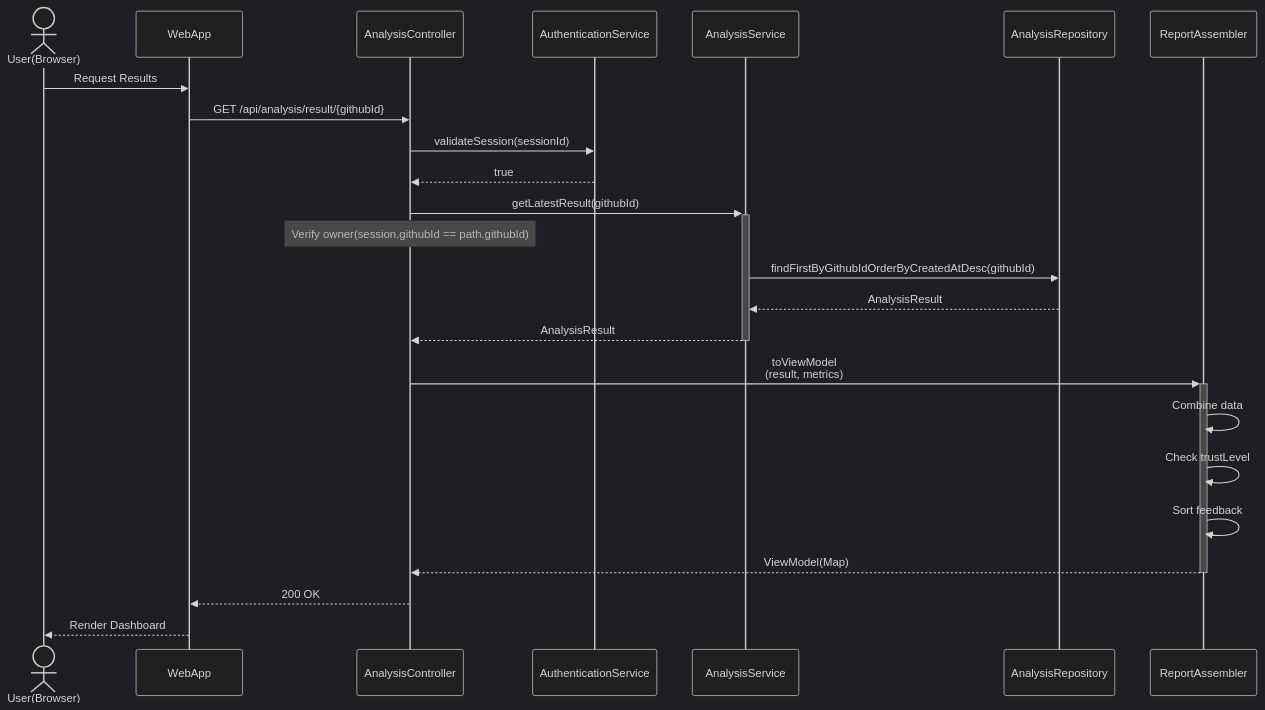
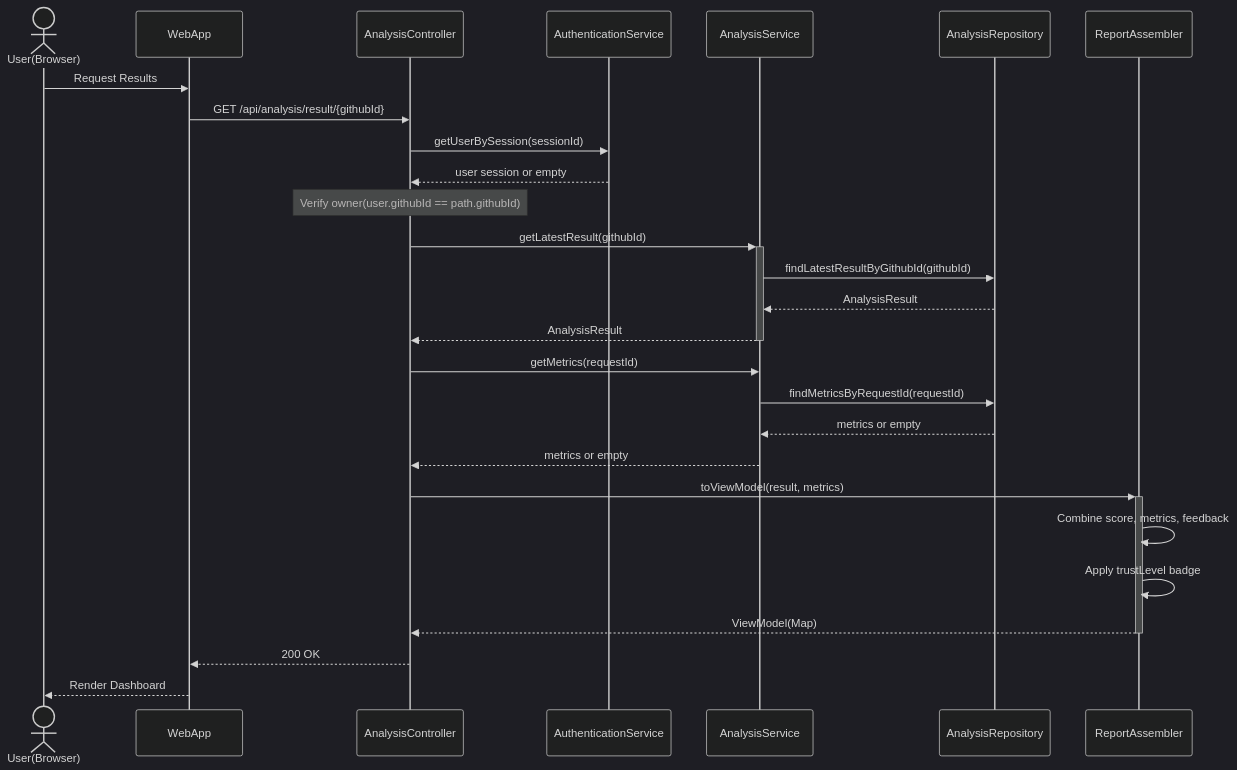
One commit to NotHyoone/OSS_Design changed diagram 17 of 20 in docs/project/[Design]22212046_안효원.md. Above: the diagram before and after it, drawn with Mermaid (dark theme). The commit also changed other lines of this file and 1 other file, not shown here.

Commit message:
docs: fix links and expand sequence diagrams

````diff
--- a/docs/project/[Design]22212046_안효원.md
+++ b/docs/project/[Design]22212046_안효원.md
@@ -1756,30 +1853,34 @@
 ```mermaid
 sequenceDiagram
     actor User as User(Browser)
     participant WebApp as WebApp
     participant AnalysisCtrl as AnalysisController
     participant AuthSvc as AuthenticationService
     participant AnalysisSvc as AnalysisService
     participant Repo as AnalysisRepository
     participant Assembler as ReportAssembler
 
     User->>WebApp: Request Results
     WebApp->>AnalysisCtrl: GET /api/analysis/result/{githubId}
-    AnalysisCtrl->>AuthSvc: validateSession(sessionId)
-    AuthSvc-->>AnalysisCtrl: true
+    AnalysisCtrl->>AuthSvc: getUserBySession(sessionId)
+    AuthSvc-->>AnalysisCtrl: user session or empty
+    Note over AnalysisCtrl: Verify owner(user.githubId == path.githubId)
 
     AnalysisCtrl->>+AnalysisSvc: getLatestResult(githubId)
-    Note over AnalysisCtrl: Verify owner(session.githubId == path.githubId)
-    AnalysisSvc->>Repo: findFirstByGithubIdOrderByCreatedAtDesc(githubId)
+    AnalysisSvc->>Repo: findLatestResultByGithubId(githubId)
     Repo-->>AnalysisSvc: AnalysisResult
     AnalysisSvc-->>-AnalysisCtrl: AnalysisResult
 
-    AnalysisCtrl->>+Assembler: toViewModel<br/>(result, metrics)
-    Assembler->>Assembler: Combine data
-    Assembler->>Assembler: Check trustLevel
-    Assembler->>Assembler: Sort feedback
+    AnalysisCtrl->>AnalysisSvc: getMetrics(requestId)
+    AnalysisSvc->>Repo: findMetricsByRequestId(requestId)
+    Repo-->>AnalysisSvc: metrics or empty
+    AnalysisSvc-->>AnalysisCtrl: metrics or empty
+
+    AnalysisCtrl->>+Assembler: toViewModel(result, metrics)
+    Assembler->>Assembler: Combine score, metrics, feedback
+    Assembler->>Assembler: Apply trustLevel badge
     Assembler-->>-AnalysisCtrl: ViewModel(Map)
 
     AnalysisCtrl-->>WebApp: 200 OK
     WebApp-->>User: Render Dashboard
 ```
````
